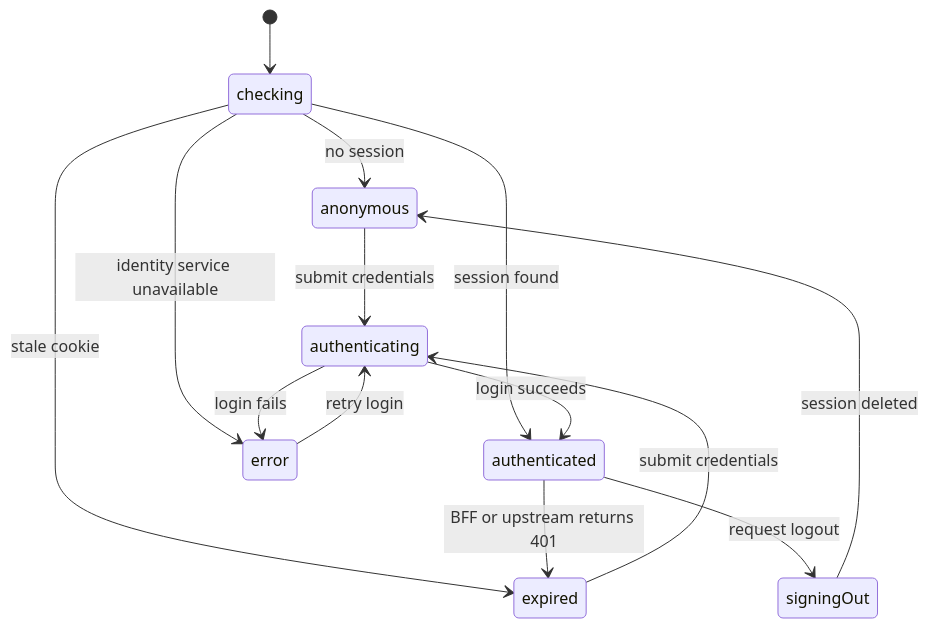
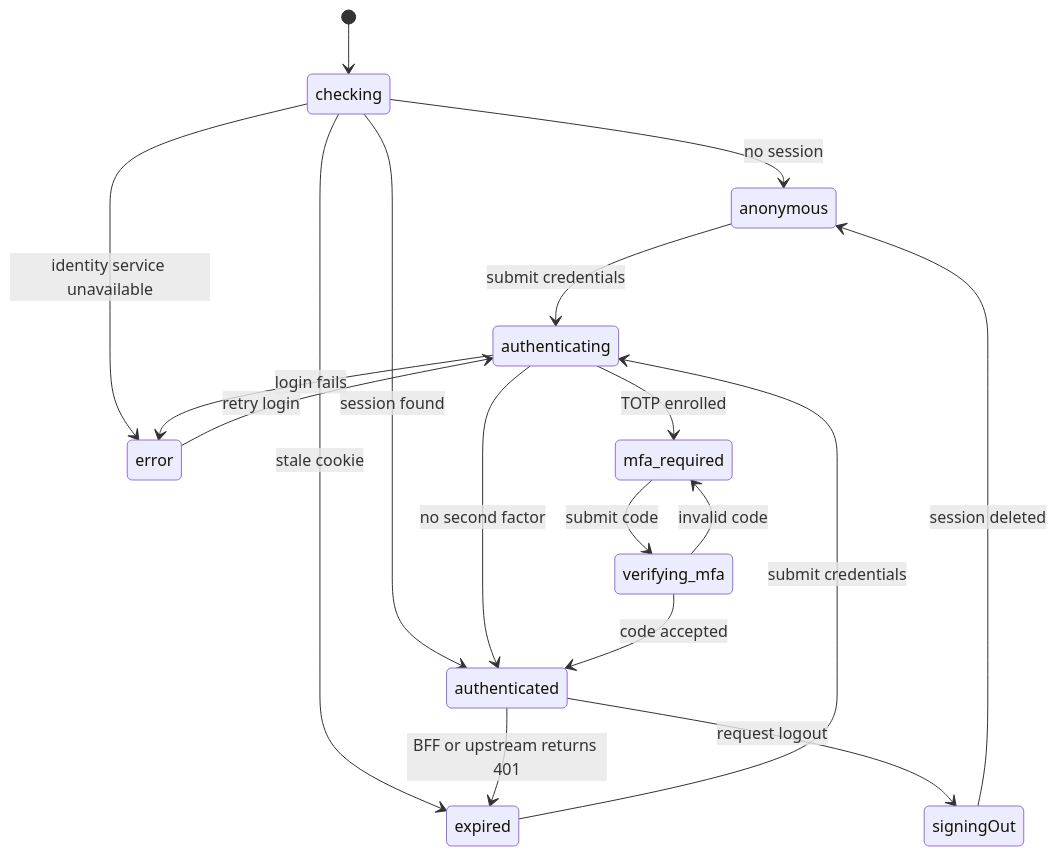
The fourth of 4 diagrams in docs/architecture.md (Redchar1992/Argus), drawn with Mermaid before and after one commit. The commit also changed other lines of this file and 37 other files, not shown here.

First line of the commit message:
feat(auth): add TOTP multi-factor authentication

````diff
--- a/docs/architecture.md
+++ b/docs/architecture.md
@@ -137,16 +139,20 @@
 ```mermaid
 stateDiagram-v2
     [*] --> checking
     checking --> anonymous: no session
     checking --> authenticated: session found
     checking --> expired: stale cookie
     checking --> error: identity service unavailable
     anonymous --> authenticating: submit credentials
     expired --> authenticating: submit credentials
     error --> authenticating: retry login
-    authenticating --> authenticated: login succeeds
+    authenticating --> authenticated: no second factor
+    authenticating --> mfa_required: TOTP enrolled
+    mfa_required --> verifying_mfa: submit code
+    verifying_mfa --> authenticated: code accepted
+    verifying_mfa --> mfa_required: invalid code
     authenticating --> error: login fails
     authenticated --> expired: BFF or upstream returns 401
     authenticated --> signingOut: request logout
     signingOut --> anonymous: session deleted
 ```
````
